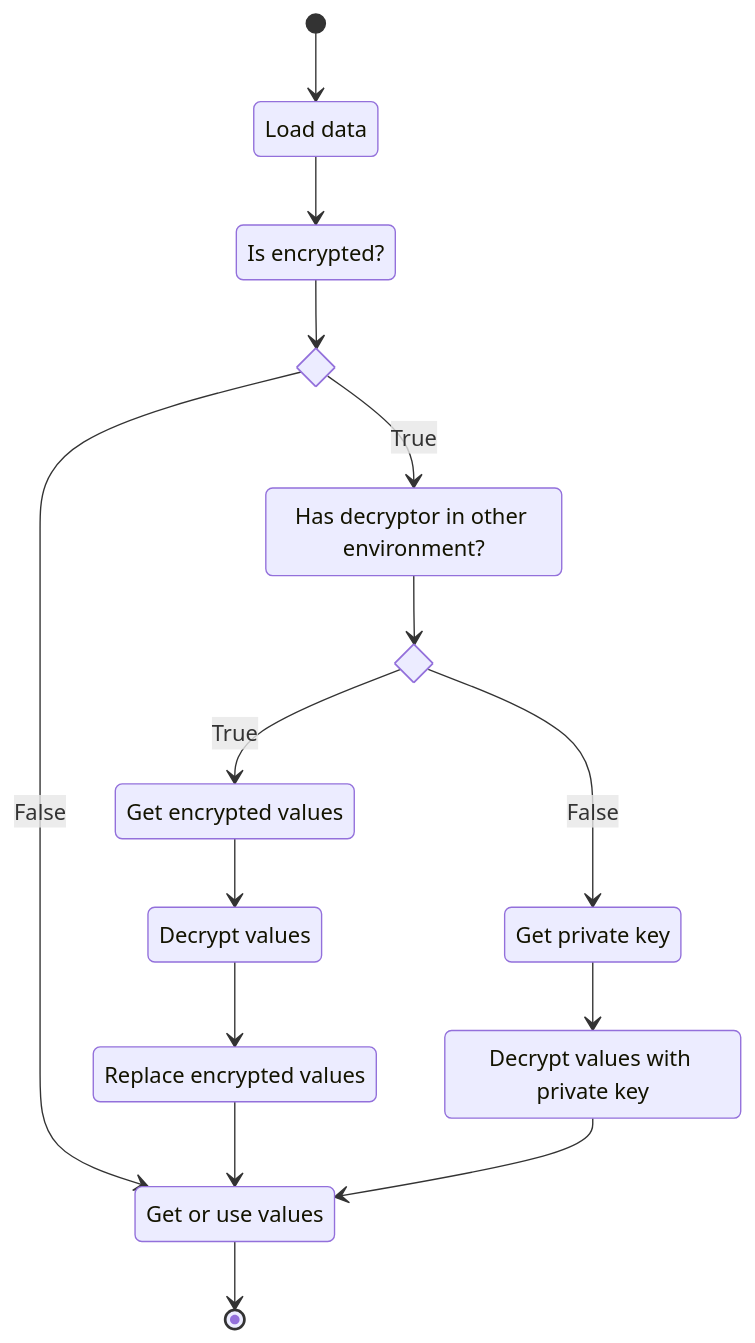
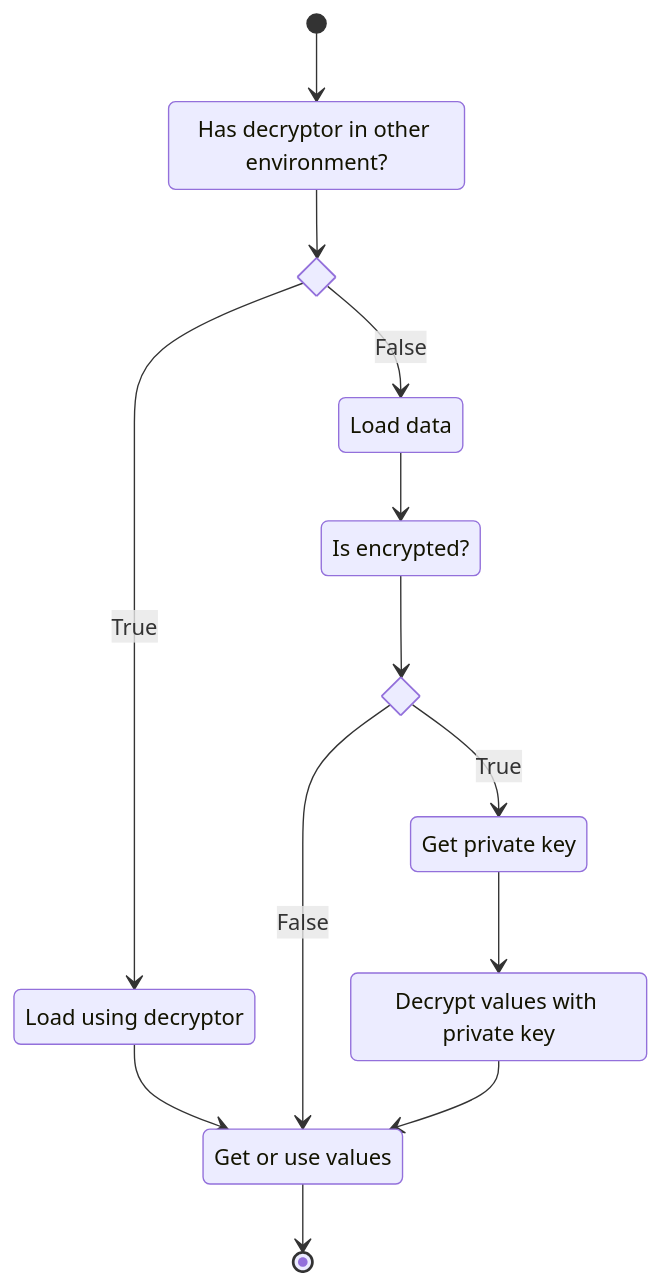
The diagram in docs/quickstart.md (Marqitos/php-dotenvx), drawn with Mermaid before and after one commit. The commit also changed other lines of this file and 10 other files, not shown here.

````diff
--- a/docs/quickstart.md
+++ b/docs/quickstart.md
@@ -7,28 +7,24 @@
 ```mermaid
 stateDiagram-v2
     state "Load data" as load
     state "Is encrypted?" as isEncrypted
     state is_encrypted <<choice>>
     state "Has decryptor in other environment?" as hasExternal
     state has_external <<choice>>
     state "Get private key" as private
     state "Decrypt values with private key" as decryptPrivate
-    state "Get encrypted values" as getValues
-    state "Replace encrypted values" as replace
-    state "Decrypt values" as decrypt
+    state "Load using decryptor" as loadDecryptor
     state "Get or use values" as use 
-    [*] --> load
+    [*] --> hasExternal
+    hasExternal --> has_external
+    has_external --> loadDecryptor: True
+    has_external --> load: False
     load --> isEncrypted
     isEncrypted --> is_encrypted
     is_encrypted --> use: False
-    is_encrypted --> hasExternal: True
-    hasExternal --> has_external
-    has_external --> getValues: True
-    has_external --> private: False
-    getValues --> decrypt
-    decrypt --> replace
-    replace --> use
+    is_encrypted --> private: True
+    loadDecryptor --> use
     private --> decryptPrivate
     decryptPrivate --> use
     use --> [*]
 ```
````
